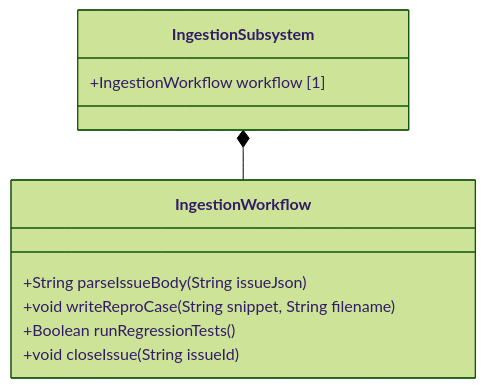
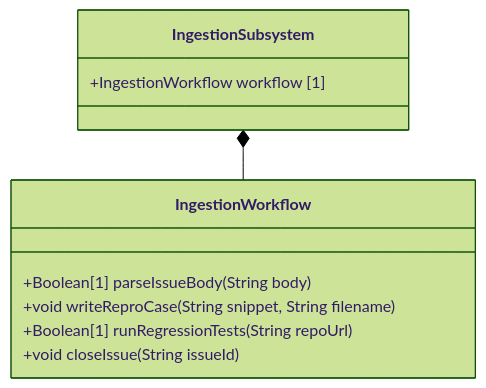
One commit to gintatkinson/digital-pipeline-repo changed the diagram in docs/features/feat-06-upstream-regression-testing.md. Above: the diagram before and after it, drawn with Mermaid (forest theme). The commit also changed 17 other files, not shown here.

````diff
--- a/docs/features/feat-06-upstream-regression-testing.md
+++ b/docs/features/feat-06-upstream-regression-testing.md
@@ -18,13 +18,13 @@
 ```mermaid
 classDiagram
     class IngestionSubsystem {
         +IngestionWorkflow workflow [1]
     }
     class IngestionWorkflow {
-        +String parseIssueBody(String issueJson)
+        +Boolean[1] parseIssueBody(String body)
         +void writeReproCase(String snippet, String filename)
-        +Boolean runRegressionTests()
+        +Boolean[1] runRegressionTests(String repoUrl)
         +void closeIssue(String issueId)
     }
     IngestionSubsystem *-- IngestionWorkflow
 ```
````
